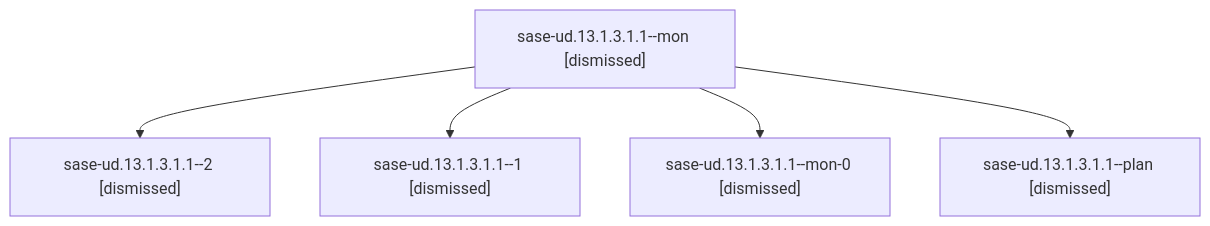
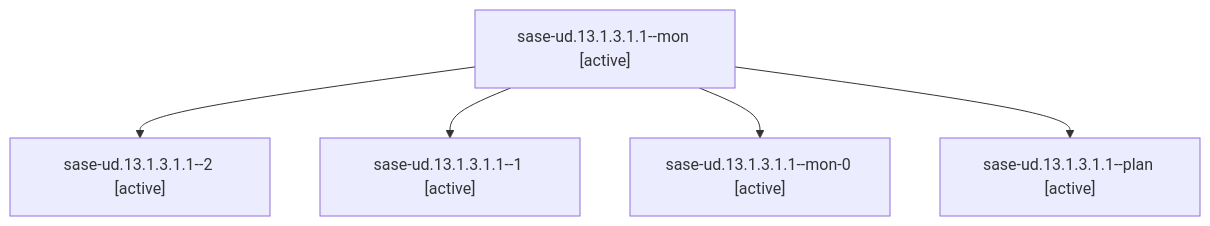
Before and after one commit to sase-org/sase--agents: the diagram in families/bbugyi200.athena.sase-ud.13.1.3.1.1.md, drawn with Mermaid. The commit also changed other lines of this file and 35830 other files, not shown here.

````diff
--- a/families/bbugyi200.athena.sase-ud.13.1.3.1.1.md
+++ b/families/bbugyi200.athena.sase-ud.13.1.3.1.1.md
@@ -9,12 +9,12 @@
 ```mermaid
 flowchart TD
-  n0["sase-ud.13.1.3.1.1--mon [dismissed]"]
-  n1["sase-ud.13.1.3.1.1--2 [dismissed]"]
+  n0["sase-ud.13.1.3.1.1--mon [active]"]
+  n1["sase-ud.13.1.3.1.1--2 [active]"]
   n0 --> n1
-  n2["sase-ud.13.1.3.1.1--1 [dismissed]"]
+  n2["sase-ud.13.1.3.1.1--1 [active]"]
   n0 --> n2
-  n3["sase-ud.13.1.3.1.1--mon-0 [dismissed]"]
+  n3["sase-ud.13.1.3.1.1--mon-0 [active]"]
   n0 --> n3
-  n4["sase-ud.13.1.3.1.1--plan [dismissed]"]
+  n4["sase-ud.13.1.3.1.1--plan [active]"]
   n0 --> n4
 ```
````
